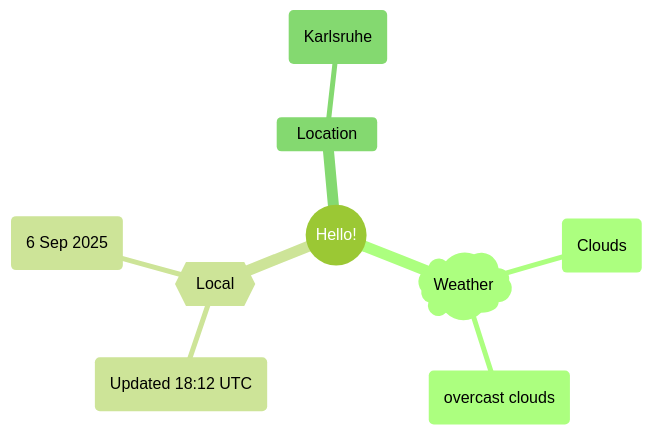
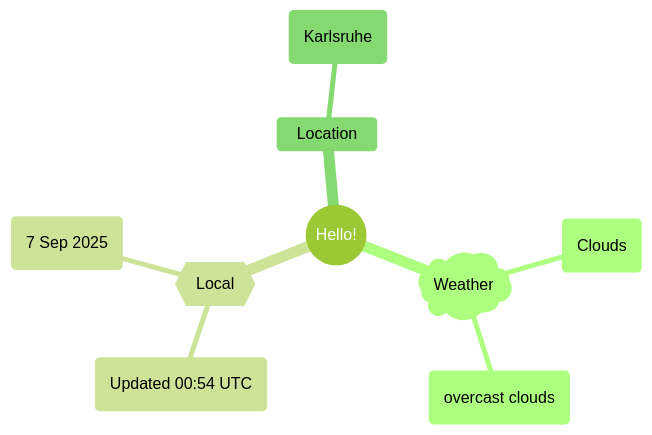
The first of 2 diagrams in README.md (Xosrov/Xosrov), drawn with Mermaid (forest theme) before and after one commit.

Commit message:
[bot] updated images

````diff
--- a/README.md
+++ b/README.md
@@ -3,12 +3,12 @@
 ```mermaid
 mindmap
   root((Hello!))
     )Weather(
         (Clouds)
         (overcast clouds)
     {{Local}}
-        (Updated 18:12 UTC)
-        (6 Sep 2025)
+        (Updated 00:54 UTC)
+        (7 Sep 2025)
     Location
         (Karlsruhe)
 ```
````
